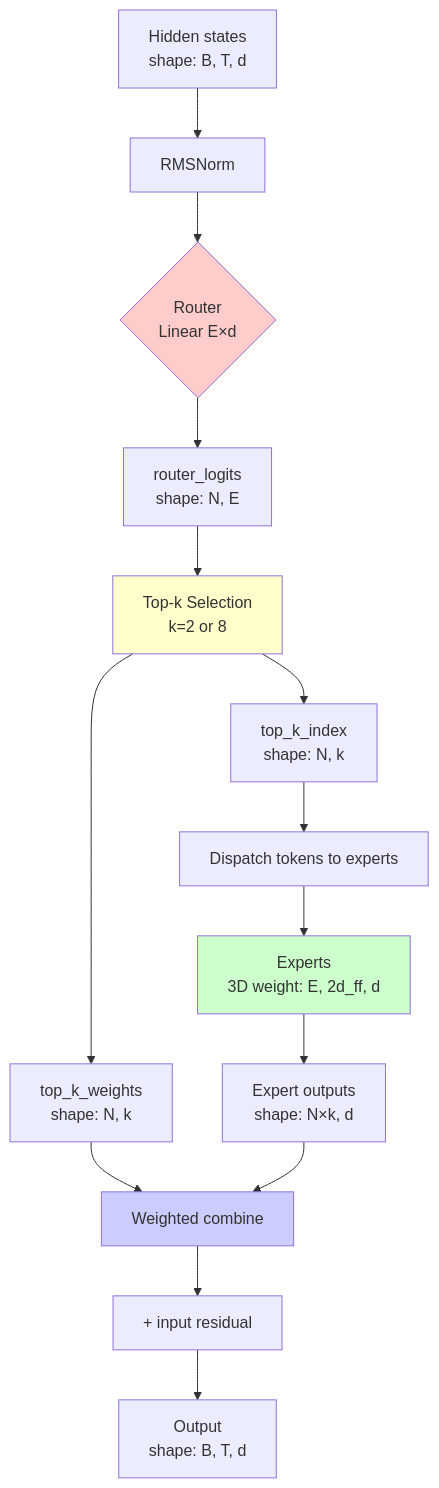
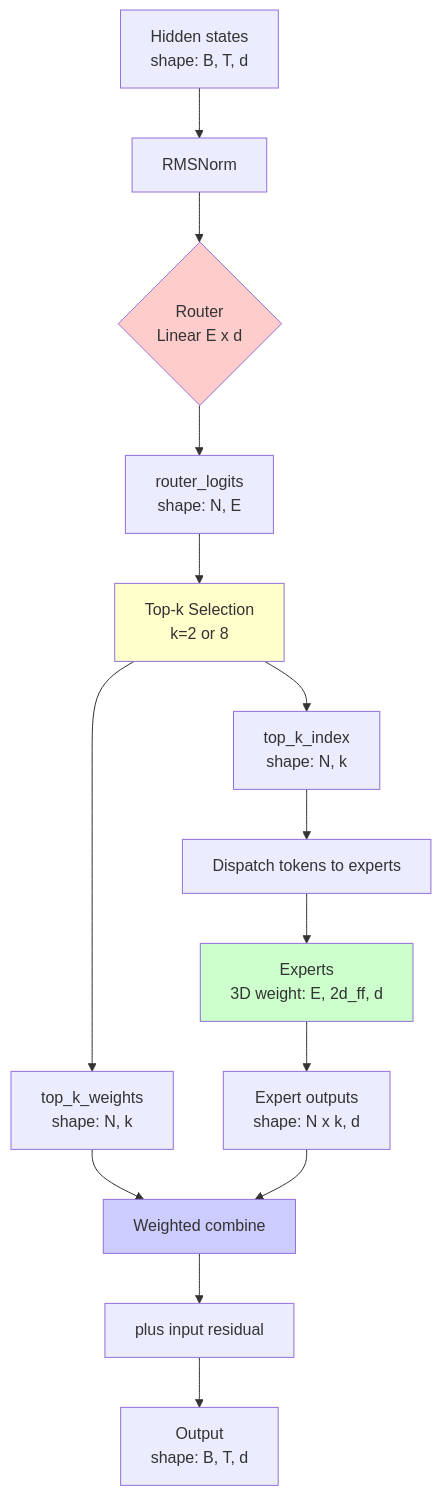
The first of 9 diagrams in docs/06-mathematical-modeling/06-visualizations-gallery.md (tuandung222/mixture-of-experts-from-source), drawn with Mermaid before and after one commit. The commit also changed other lines of this file and 9 other files, not shown here.

Commit message:
D8: fix Mermaid parse errors, add qa:mermaid validator + update AGENTS.md

````diff
--- a/docs/06-mathematical-modeling/06-visualizations-gallery.md
+++ b/docs/06-mathematical-modeling/06-visualizations-gallery.md
@@ -11,22 +11,22 @@
 ```mermaid
 flowchart TD
-    Input[Hidden states<br/>shape: B, T, d]
-    Input --> Norm[RMSNorm]
-    Norm --> Router{Router<br/>Linear E×d}
-    Router --> Logits[router_logits<br/>shape: N, E]
-    Logits --> TopK[Top-k Selection<br/>k=2 or 8]
-    TopK --> Indices[top_k_index<br/>shape: N, k]
-    TopK --> Weights[top_k_weights<br/>shape: N, k]
-    Indices --> Dispatch[Dispatch tokens to experts]
-    Weights --> Combine[Weighted combine]
-    Dispatch --> Experts[Experts<br/>3D weight: E, 2d_ff, d]
-    Experts --> Output1[Expert outputs<br/>shape: N×k, d]
+    Input["Hidden states<br/>shape: B, T, d"]
+    Input --> Norm["RMSNorm"]
+    Norm --> Router{"Router<br/>Linear E x d"}
+    Router --> Logits["router_logits<br/>shape: N, E"]
+    Logits --> TopK["Top-k Selection<br/>k=2 or 8"]
+    TopK --> Indices["top_k_index<br/>shape: N, k"]
+    TopK --> Weights["top_k_weights<br/>shape: N, k"]
+    Indices --> Dispatch["Dispatch tokens to experts"]
+    Weights --> Combine["Weighted combine"]
+    Dispatch --> Experts["Experts<br/>3D weight: E, 2d_ff, d"]
+    Experts --> Output1["Expert outputs<br/>shape: N x k, d"]
     Output1 --> Combine
-    Combine --> ResidualAdd[+ input residual]
-    ResidualAdd --> Out[Output<br/>shape: B, T, d]
+    Combine --> ResidualAdd["plus input residual"]
+    ResidualAdd --> Out["Output<br/>shape: B, T, d"]
 
     style Router fill:#fcc
     style TopK fill:#ffc
     style Experts fill:#cfc
     style Combine fill:#ccf
 ```
````
